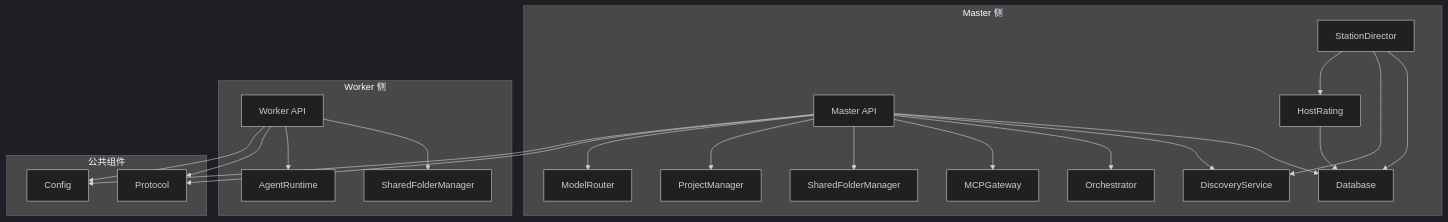
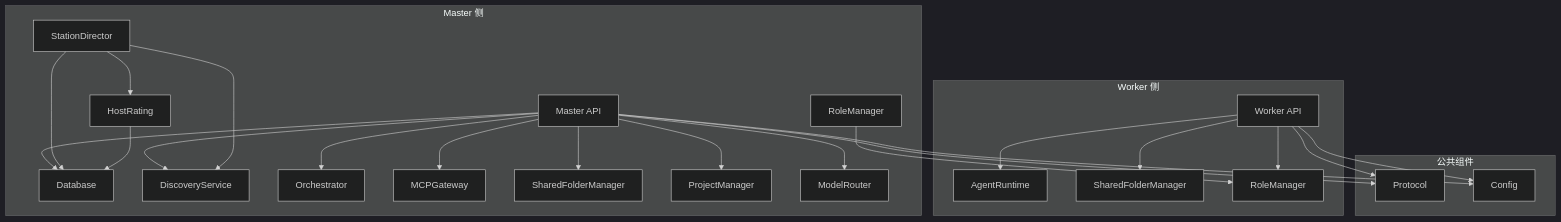
The fourth of 5 diagrams in .qoder/repowiki/zh/content/Web API 接口/Web API 接口.md (targalian/Personal-distributed-workstation), drawn with Mermaid (dark theme) before and after one commit. The commit also changed other lines of this file and 69 other files, not shown here.

````diff
--- a/.qoder/repowiki/zh/content/Web API 接口/Web API 接口.md
+++ b/.qoder/repowiki/zh/content/Web API 接口/Web API 接口.md
@@ -744,41 +990,45 @@
 ```mermaid
 graph TB
 subgraph "Master 侧"
 MasterAPI[Master API]
 Database[Database]
 Discovery[DiscoveryService]
 Orchestrator[Orchestrator]
 MCPGateway[MCPGateway]
 SharedFolder[SharedFolderManager]
 ProjectManager[ProjectManager]
 ModelRouter[ModelRouter]
 StationDirector[StationDirector]
 HostRating[HostRating]
+RoleManager[RoleManager]
 end
 subgraph "Worker 侧"
 WorkerAPI[Worker API]
 AgentRuntime[AgentRuntime]
 SharedFolderW[SharedFolderManager]
+RoleManagerW[RoleManager]
 end
 subgraph "公共组件"
 Protocol[Protocol]
 Config[Config]
 end
 MasterAPI --> Database
 MasterAPI --> Discovery
 MasterAPI --> Orchestrator
 MasterAPI --> MCPGateway
 MasterAPI --> SharedFolder
 MasterAPI --> ProjectManager
 MasterAPI --> ModelRouter
 WorkerAPI --> SharedFolderW
 WorkerAPI --> AgentRuntime
+WorkerAPI --> RoleManagerW
 StationDirector --> Database
 StationDirector --> Discovery
 StationDirector --> HostRating
+RoleManager --> RoleManagerW
 HostRating --> Database
 MasterAPI --> Protocol
 WorkerAPI --> Protocol
 MasterAPI --> Config
 WorkerAPI --> Config
 ```
````
